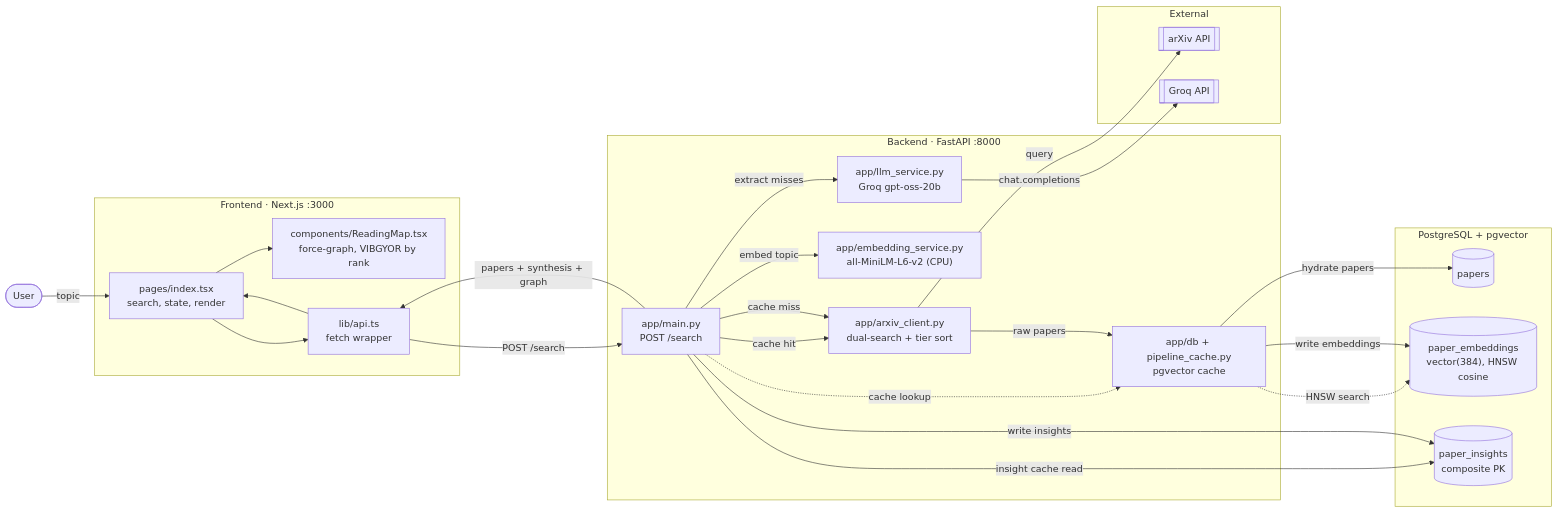
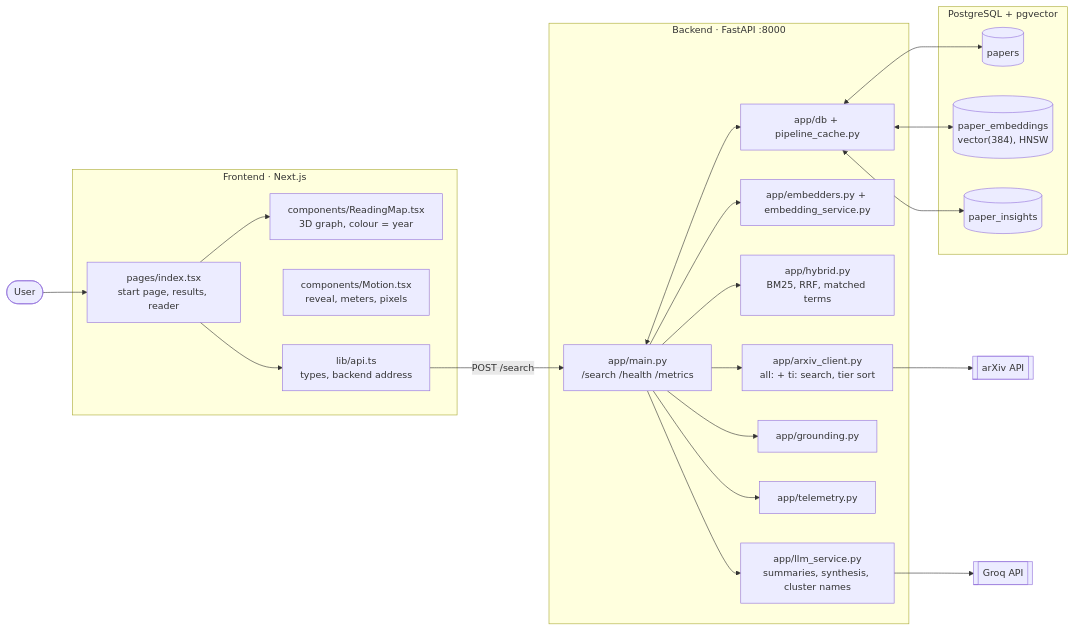
Before and after one commit to SKARAlpha0407/BTP_SEM_07: the first of 3 diagrams in REPORT.md, drawn with Mermaid. The commit also changed other lines of this file and 1 other file, not shown here.

````diff
--- a/REPORT.md
+++ b/REPORT.md
@@ -10,45 +29,41 @@
 ```mermaid
 flowchart LR
     U([User])
-    subgraph FE["Frontend · Next.js :3000"]
-        IDX["pages/index.tsx<br/>search, state, render"]
-        RM["components/ReadingMap.tsx<br/>force-graph, VIBGYOR by rank"]
-        API["lib/api.ts<br/>fetch wrapper"]
+    subgraph FE["Frontend · Next.js"]
+        IDX["pages/index.tsx<br/>start page, results, reader"]
+        RM["components/ReadingMap.tsx<br/>3D graph, colour = year"]
+        MO["components/Motion.tsx<br/>reveal, meters, pixels"]
+        API["lib/api.ts<br/>types, backend address"]
     end
     subgraph BE["Backend · FastAPI :8000"]
-        MAIN["app/main.py<br/>POST /search"]
-        ARX["app/arxiv_client.py<br/>dual-search + tier sort"]
-        EMB["app/embedding_service.py<br/>all-MiniLM-L6-v2 (CPU)"]
-        LLM["app/llm_service.py<br/>Groq gpt-oss-20b"]
-        CACHE["app/db + pipeline_cache.py<br/>pgvector cache"]
+        MAIN["app/main.py<br/>/search /health /metrics"]
+        ARX["app/arxiv_client.py<br/>all: + ti: search, tier sort"]
+        EMB["app/embedders.py + embedding_service.py"]
+        HYB["app/hybrid.py<br/>BM25, RRF, matched terms"]
+        LLM["app/llm_service.py<br/>summaries, synthesis, cluster names"]
+        GRD["app/grounding.py"]
+        TEL["app/telemetry.py"]
+        CACHE["app/db + pipeline_cache.py"]
     end
     subgraph DB["PostgreSQL + pgvector"]
         PAPERS[("papers")]
-        EMBEDS[("paper_embeddings<br/>vector(384), HNSW cosine")]
-        INSIGHTS[("paper_insights<br/>composite PK")]
+        EMBEDS[("paper_embeddings<br/>vector(384), HNSW")]
+        INSIGHTS[("paper_insights")]
     end
-    subgraph EXT["External"]
-        ARXAPI[["arXiv API"]]
-        GROQ[["Groq API"]]
-    end
+    ARXAPI[["arXiv API"]]
+    GROQ[["Groq API"]]
 
-    U -->|topic| IDX
-    IDX --> API
-    API -->|POST /search| MAIN
-    MAIN -->|embed topic| EMB
-    MAIN -.->|cache lookup| CACHE
-    CACHE -.->|HNSW search| EMBEDS
-    CACHE -->|hydrate papers| PAPERS
-    MAIN -->|cache hit| ARX
-    MAIN -->|cache miss| ARX
-    ARX -->|query| ARXAPI
-    ARX -->|raw papers| CACHE
-    CACHE -->|write embeddings| EMBEDS
-    MAIN -->|insight cache read| INSIGHTS
-    MAIN -->|extract misses| LLM
-    LLM -->|chat.completions| GROQ
-    MAIN -->|write insights| INSIGHTS
-    MAIN -->|papers + synthesis + graph| API
-    API --> IDX
+    U --> IDX
+    IDX --> API -->|POST /search| MAIN
     IDX --> RM
+    MAIN --> EMB
+    MAIN --> HYB
+    MAIN --> GRD
+    MAIN --> TEL
+    MAIN <--> CACHE
+    CACHE <--> PAPERS
+    CACHE <--> EMBEDS
+    CACHE <--> INSIGHTS
+    MAIN --> ARX --> ARXAPI
+    MAIN --> LLM --> GROQ
 ```
````
